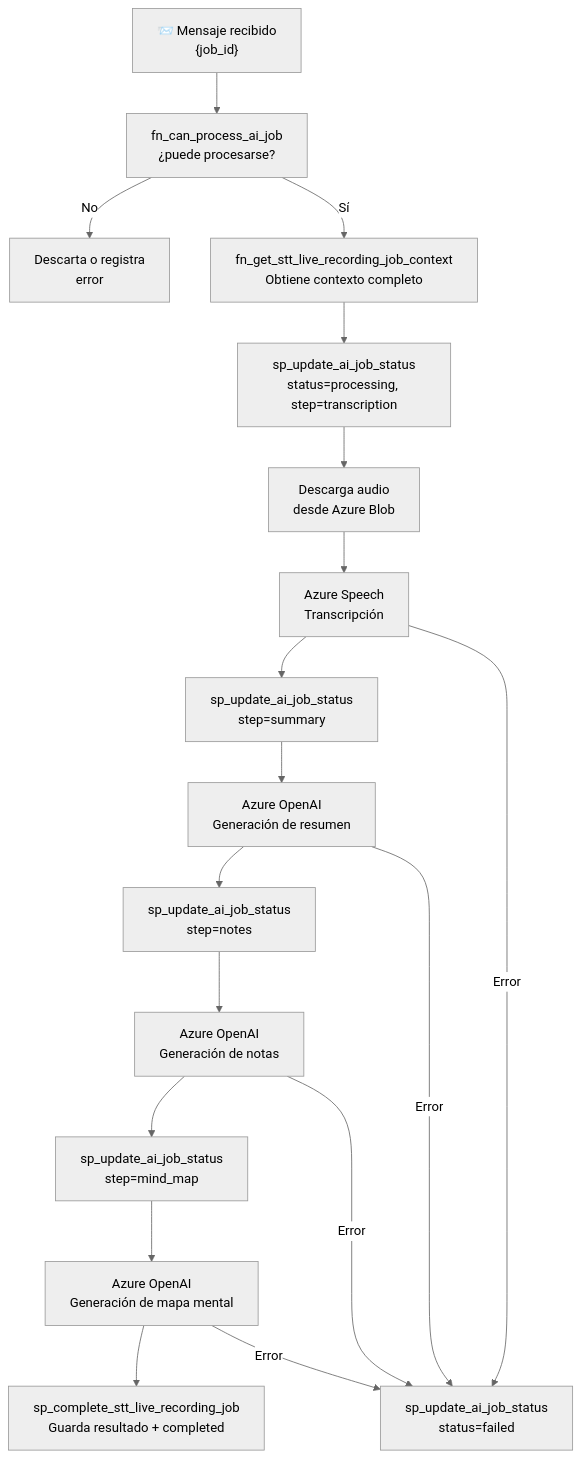
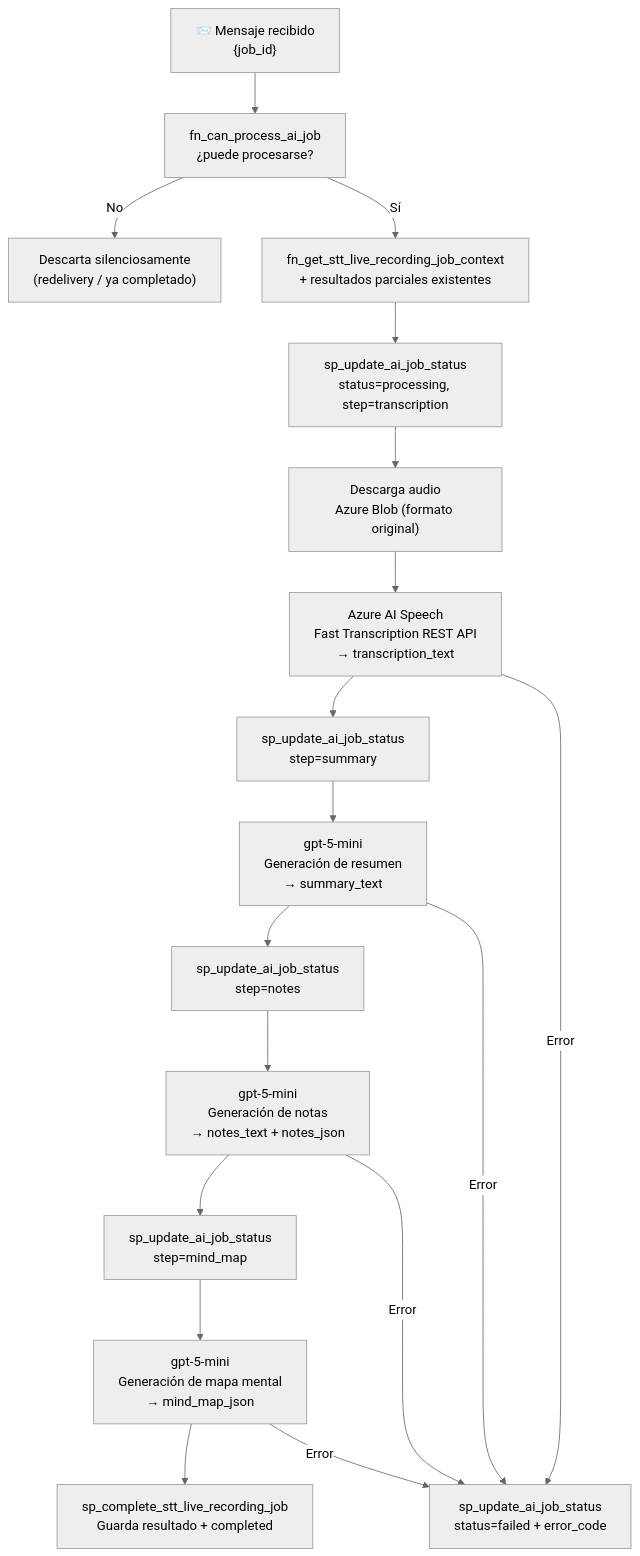
One commit to SCaneoGarrido/Champion-AI changed the diagram in App/Knowledge/Architecture/azure-function.md. Above: the diagram before and after it, drawn with Mermaid (neutral theme). The commit also changed other lines of this file and 73 other files, not shown here.

````diff
--- a/App/Knowledge/Architecture/azure-function.md
+++ b/App/Knowledge/Architecture/azure-function.md
@@ -28,21 +70,21 @@
 ```mermaid
 flowchart TD
     A["📨 Mensaje recibido\n{job_id}"] --> B["fn_can_process_ai_job\n¿puede procesarse?"]
-    B -->|No| Z["Descarta o registra\nerror"]
-    B -->|Sí| C["fn_get_stt_live_recording_job_context\nObtiene contexto completo"]
+    B -->|No| Z["Descarta silenciosamente\n(redelivery / ya completado)"]
+    B -->|Sí| C["fn_get_stt_live_recording_job_context\n+ resultados parciales existentes"]
     C --> D["sp_update_ai_job_status\nstatus=processing, step=transcription"]
-    D --> E["Descarga audio\ndesde Azure Blob"]
-    E --> F["Azure Speech\nTranscripción"]
+    D --> E["Descarga audio\nAzure Blob (formato original)"]
+    E --> F["Azure AI Speech\nFast Transcription REST API\n→ transcription_text"]
     F --> G["sp_update_ai_job_status\nstep=summary"]
-    G --> H["Azure OpenAI\nGeneración de resumen"]
+    G --> H["gpt-5-mini\nGeneración de resumen\n→ summary_text"]
     H --> I["sp_update_ai_job_status\nstep=notes"]
-    I --> J["Azure OpenAI\nGeneración de notas"]
+    I --> J["gpt-5-mini\nGeneración de notas\n→ notes_text + notes_json"]
     J --> K["sp_update_ai_job_status\nstep=mind_map"]
-    K --> L["Azure OpenAI\nGeneración de mapa mental"]
+    K --> L["gpt-5-mini\nGeneración de mapa mental\n→ mind_map_json"]
     L --> M["sp_complete_stt_live_recording_job\nGuarda resultado + completed"]
 
-    F -->|Error| ERR["sp_update_ai_job_status\nstatus=failed"]
+    F -->|Error| ERR["sp_update_ai_job_status\nstatus=failed + error_code"]
     H -->|Error| ERR
     J -->|Error| ERR
     L -->|Error| ERR
 ```
````
